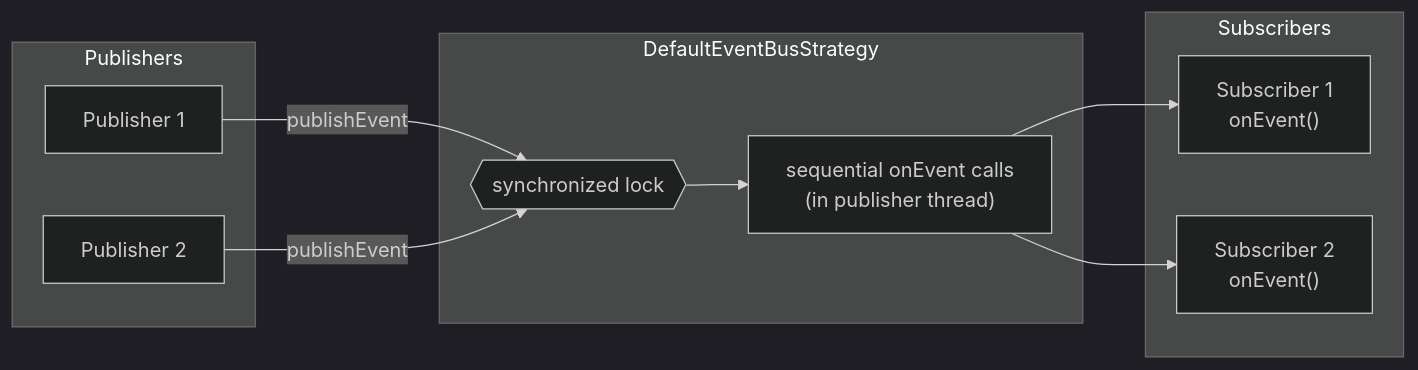
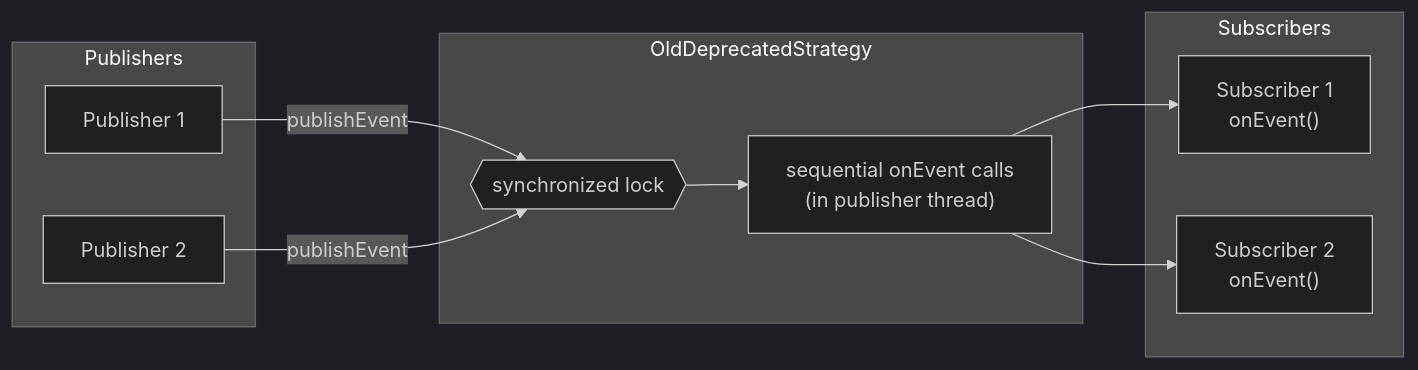
One commit to wldt/wldt-core-java changed the second of 14 diagrams in docs/event_bus_evaluation.md. Above: the diagram before and after it, drawn with Mermaid (dark theme). The commit also changed other lines of this file and 20 other files, not shown here.

Commit message:
Add OldDeprecatedStrategy, new DefaultEventBusStrategy and update EventBus tests for backward compatibility

````diff
--- a/docs/event_bus_evaluation.md
+++ b/docs/event_bus_evaluation.md
@@ -126,23 +134,23 @@
 ```mermaid
 flowchart LR
     subgraph pub [Publishers]
         P1[Publisher 1]
         P2[Publisher 2]
     end
 
-    subgraph bus [DefaultEventBusStrategy]
+    subgraph bus [OldDeprecatedStrategy]
         L{{"synchronized lock"}}
         D["sequential onEvent calls\n(in publisher thread)"]
     end
 
     subgraph subs [Subscribers]
         S1["Subscriber 1\nonEvent()"]
         S2["Subscriber 2\nonEvent()"]
     end
 
     P1 -->|publishEvent| L
     P2 -->|publishEvent| L
     L --> D
     D --> S1
     D --> S2
 ```
````
